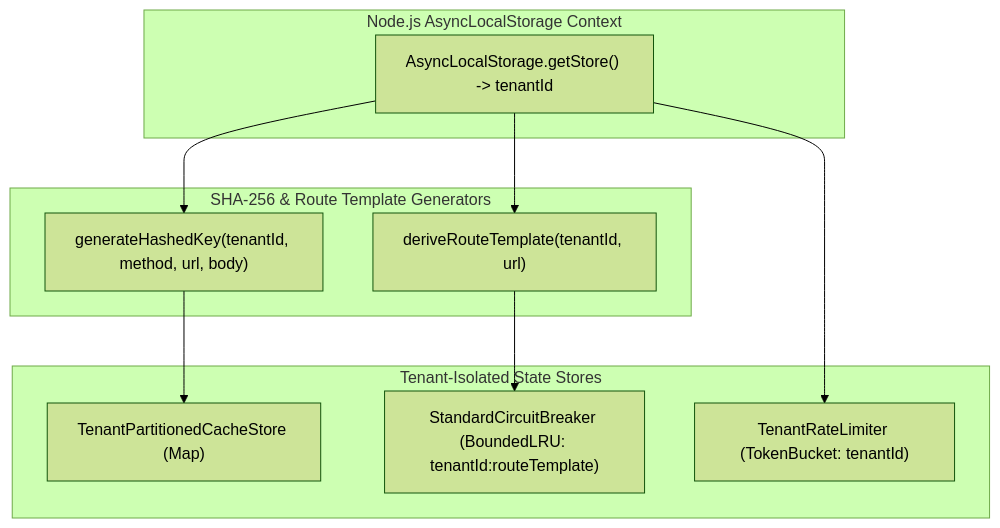
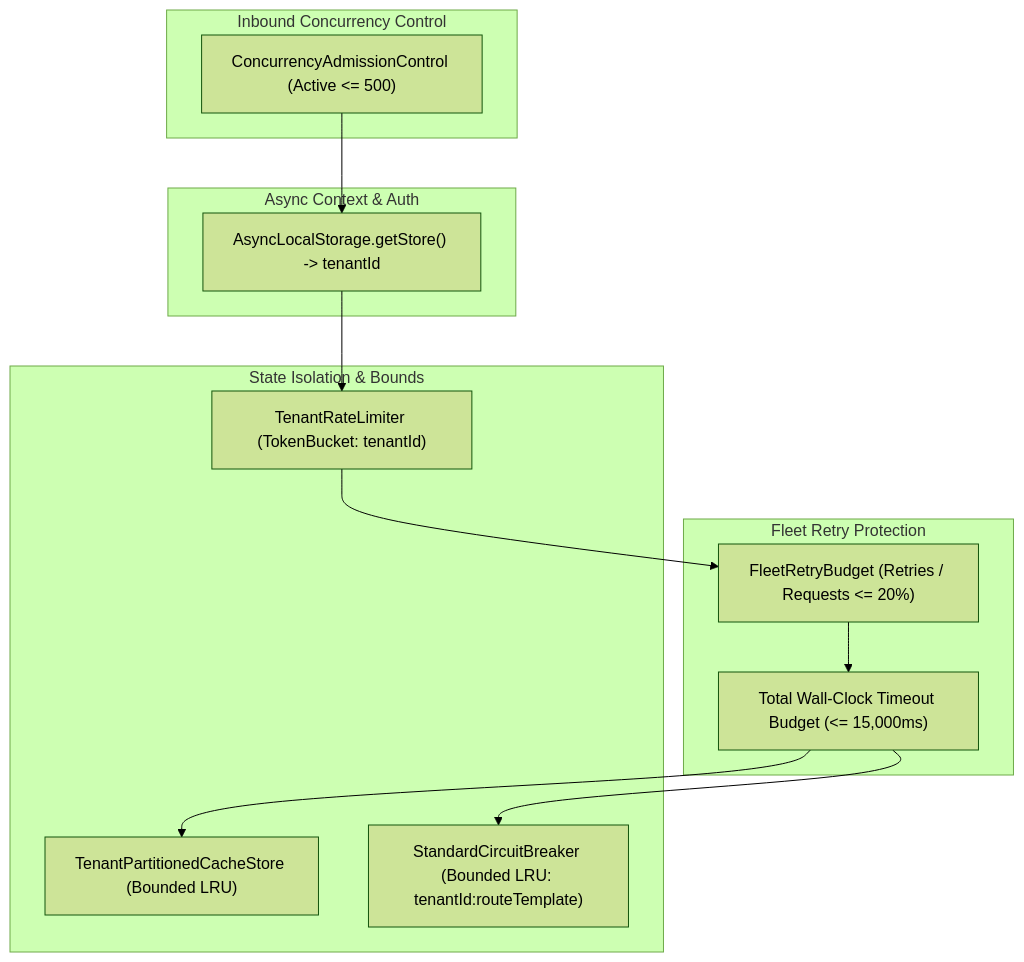
Before and after one commit to Chief-Strategist-J/llm-observability-platform: the third of 3 diagrams in packages/node/shared-infra/docs/adr/0001-scalable-resilient-telemetry-http-pipeline.md, drawn with Mermaid (forest theme). The commit also changed other lines of this file, not shown here.

Commit message:
docs(adr): update ADR 0001 with ConcurrencyAdmissionControl, FleetRetryBudget, Total Wall-Clock Timeout Budget, and Fleet-Wide Resilience Mermaid diagrams

````diff
--- a/packages/node/shared-infra/docs/adr/0001-scalable-resilient-telemetry-http-pipeline.md
+++ b/packages/node/shared-infra/docs/adr/0001-scalable-resilient-telemetry-http-pipeline.md
@@ -171,22 +179,27 @@
 ```mermaid
 graph TD
-  subgraph AuthContext ["Node.js AsyncLocalStorage Context"]
+  subgraph InboundGuard ["Inbound Concurrency Control"]
+    ADM["ConcurrencyAdmissionControl (Active <= 500)"]
+  end
+
+  subgraph ContextEngine ["Async Context & Auth"]
     ALS["AsyncLocalStorage.getStore() -> tenantId"]
   end
 
-  subgraph KeyGenerators ["SHA-256 & Route Template Generators"]
-    HASH["generateHashedKey(tenantId, method, url, body)"]
-    ROUTE["deriveRouteTemplate(tenantId, url)"]
+  subgraph RetryGuard ["Fleet Retry Protection"]
+    BUDGET["FleetRetryBudget (Retries / Requests <= 20%)"]
+    WALL["Total Wall-Clock Timeout Budget (<= 15,000ms)"]
   end
 
-  subgraph IsolatedPartitions ["Tenant-Isolated State Stores"]
-    LRU["TenantPartitionedCacheStore (Map<tenantId, BoundedLRU>)"]
-    CBStore["StandardCircuitBreaker (BoundedLRU: tenantId:routeTemplate)"]
+  subgraph PartitionedState ["State Isolation & Bounds"]
+    LRU["TenantPartitionedCacheStore (Bounded LRU)"]
+    CBStore["StandardCircuitBreaker (Bounded LRU: tenantId:routeTemplate)"]
     RateStore["TenantRateLimiter (TokenBucket: tenantId)"]
   end
 
-  ALS --> HASH & ROUTE
+  ADM --> ALS
   ALS --> RateStore
-  HASH --> LRU
-  ROUTE --> CBStore
+  RateStore --> BUDGET
+  BUDGET --> WALL
+  WALL --> LRU & CBStore
 ```
````
